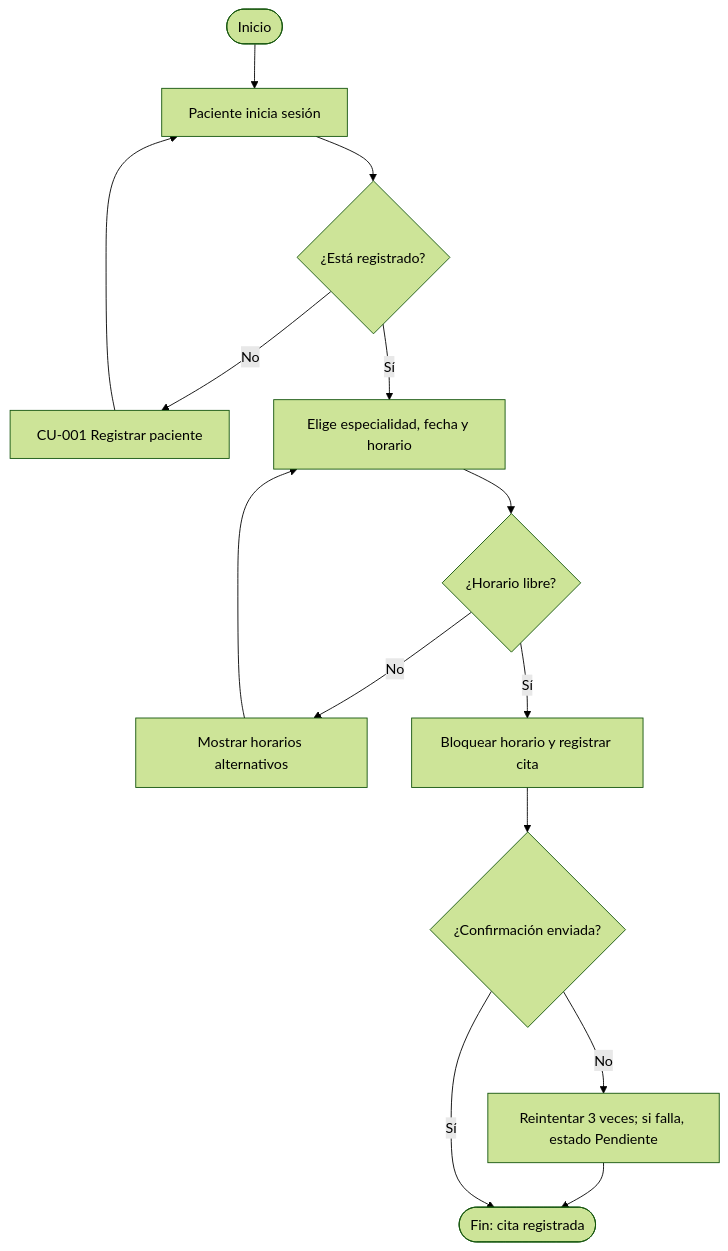
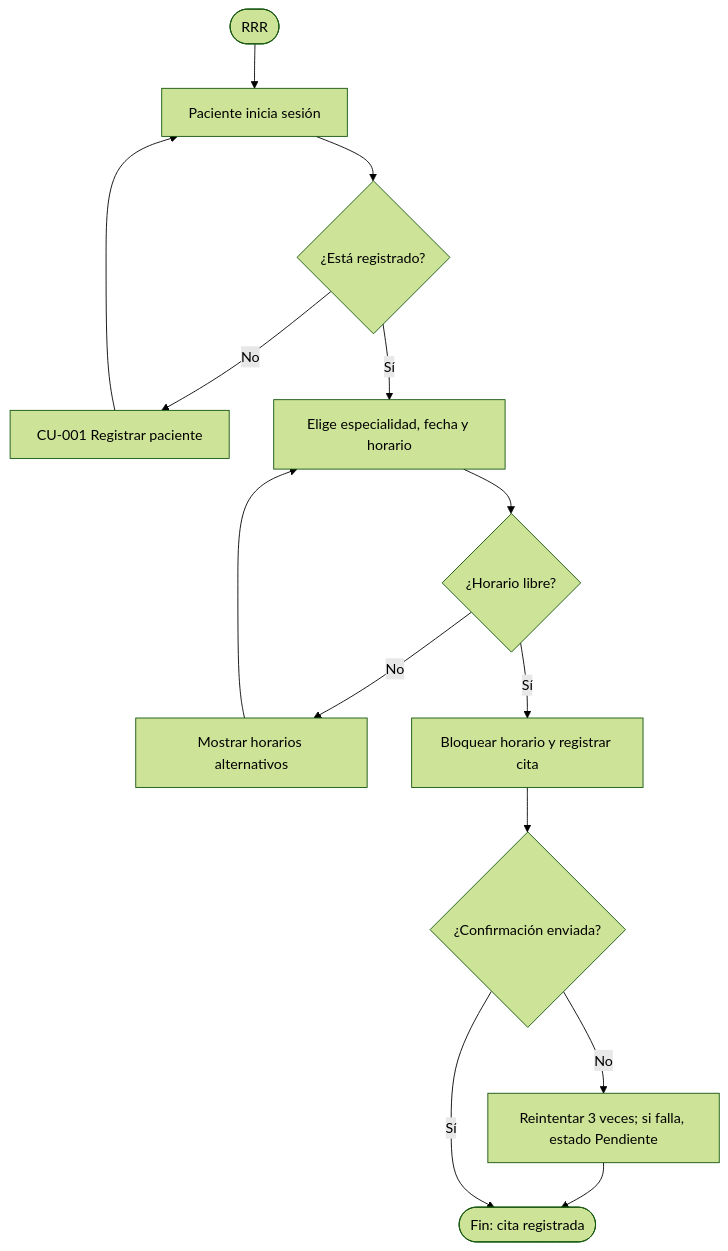
One commit to redscarf21/T6-IS changed the diagram in actividad-reservar-cita.md. Above: the diagram before and after it, drawn with Mermaid (forest theme).

Commit message:
Update flowchart start node from 'Inicio' to 'RRR'

````diff
--- a/actividad-reservar-cita.md
+++ b/actividad-reservar-cita.md
@@ -1,13 +1,13 @@
 ```mermaid
 flowchart TD
-A([Inicio]) --> B[Paciente inicia sesión]
+A([RRR]) --> B[Paciente inicia sesión]
 B --> C{¿Está registrado?}
 C -- No --> R[CU-001 Registrar paciente] --> B
 C -- Sí --> D[Elige especialidad, fecha y horario]
 D --> E{¿Horario libre?}
 E -- No --> F[Mostrar horarios alternativos] --> D
 E -- Sí --> G[Bloquear horario y registrar cita]
 G --> H{¿Confirmación enviada?}
 H -- No --> I[Reintentar 3 veces; si falla, estado Pendiente] --> J
 H -- Sí --> J([Fin: cita registrada])
 ```
````
